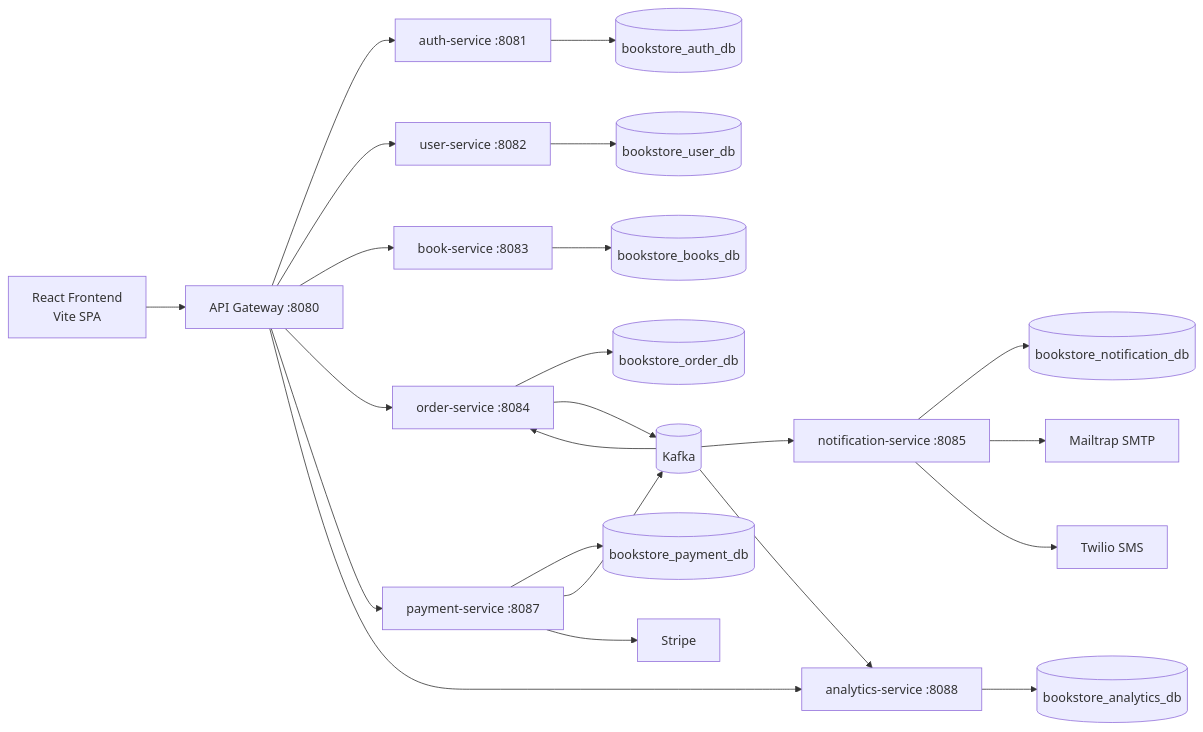
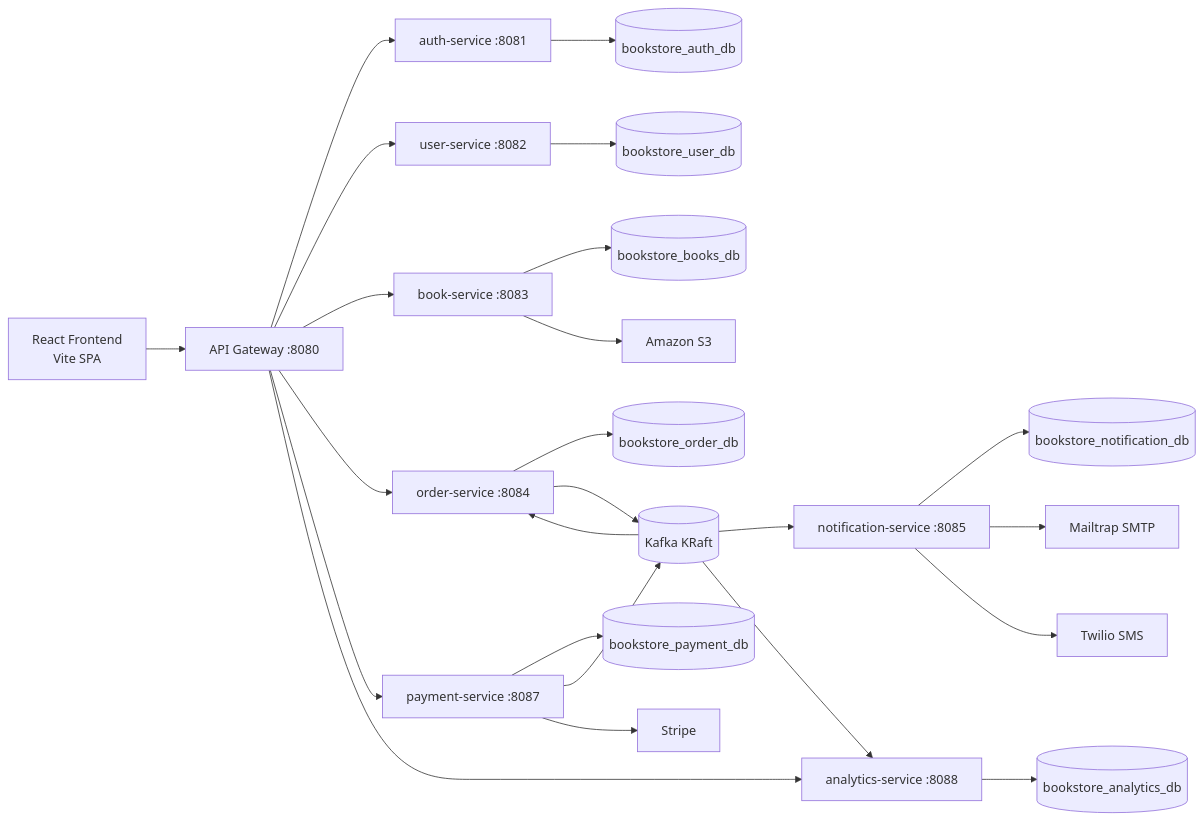
Before and after one commit to ashishnamdeo16/bookstore: the first of 3 diagrams in bookstore-docs/docs/architecture/overall.md, drawn with Mermaid. The commit also changed other lines of this file and 13 other files, not shown here.

Commit message:
Corrected BookCover flow

````diff
--- a/bookstore-docs/docs/architecture/overall.md
+++ b/bookstore-docs/docs/architecture/overall.md
@@ -10,28 +10,29 @@
 ```mermaid
 flowchart LR
   Browser[React Frontend<br/>Vite SPA] --> Gateway[API Gateway :8080]
   Gateway --> Auth[auth-service :8081]
   Gateway --> User[user-service :8082]
   Gateway --> Book[book-service :8083]
   Gateway --> Order[order-service :8084]
   Gateway --> Payment[payment-service :8087]
   Gateway --> Analytics[analytics-service :8088]
 
   Auth --> AuthDB[(bookstore_auth_db)]
   User --> UserDB[(bookstore_user_db)]
   Book --> BookDB[(bookstore_books_db)]
   Order --> OrderDB[(bookstore_order_db)]
   Payment --> PaymentDB[(bookstore_payment_db)]
   Notification --> NotificationDB[(bookstore_notification_db)]
   Analytics --> AnalyticsDB[(bookstore_analytics_db)]
 
-  Order --> Kafka[(Kafka)]
+  Order --> Kafka[(Kafka KRaft)]
   Payment --> Kafka
   Kafka --> Notification[notification-service :8085]
   Kafka --> Analytics
   Kafka --> Order
 
   Payment --> Stripe[Stripe]
   Notification --> Mail[Mailtrap SMTP]
   Notification --> Twilio[Twilio SMS]
+  Book --> S3[Amazon S3]
 ```
````
